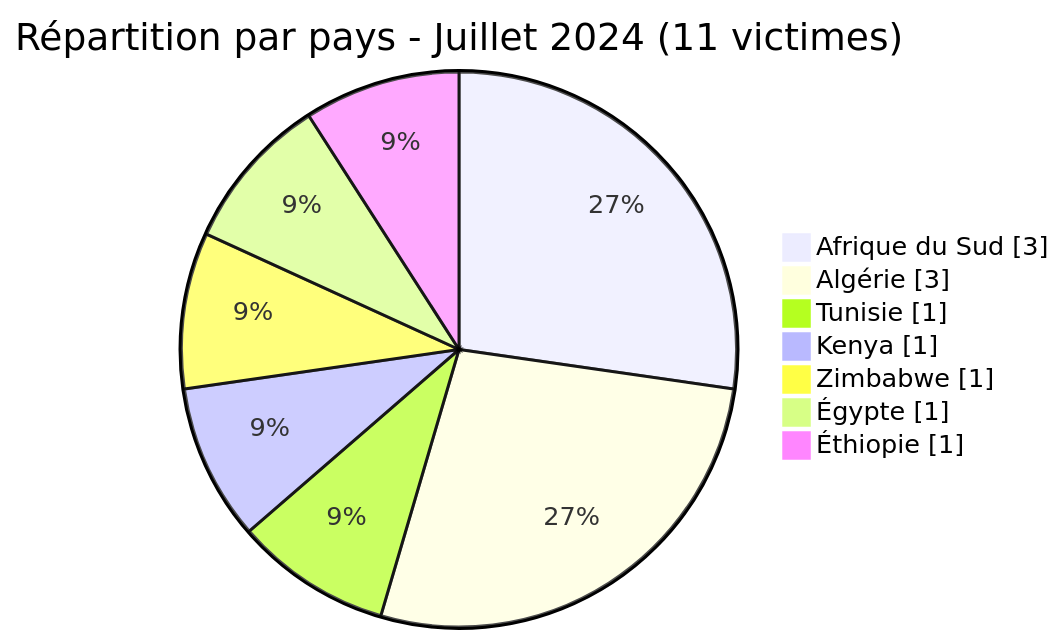
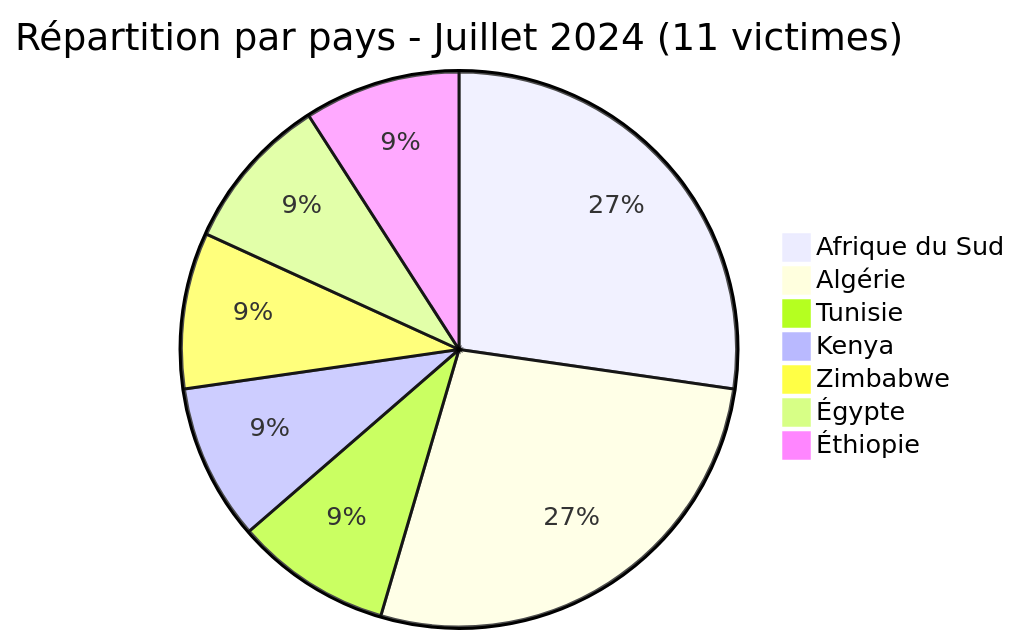
One commit to Hatchepsoute/AFRINTEL changed the second of 5 diagrams in CyberAttackAfrica/2024/07-july/README_FR.md. Above: the diagram before and after it, drawn with Mermaid. The commit also changed 102 other files, not shown here.

````diff
--- a/CyberAttackAfrica/2024/07-july/README_FR.md
+++ b/CyberAttackAfrica/2024/07-july/README_FR.md
@@ -67,11 +67,11 @@
 ```mermaid
-pie showData
+pie
     title Répartition par pays - Juillet 2024 (11 victimes)
     "Afrique du Sud" : 3
     "Algérie" : 3
     "Tunisie" : 1
     "Kenya" : 1
     "Zimbabwe" : 1
     "Égypte" : 1
     "Éthiopie" : 1
 ```
````
